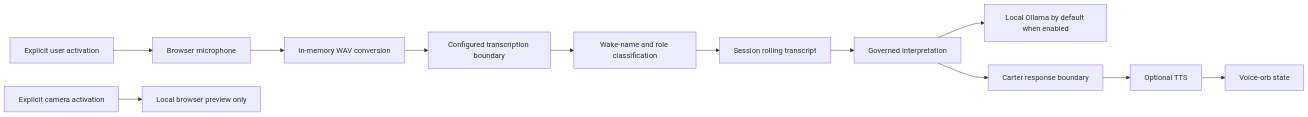
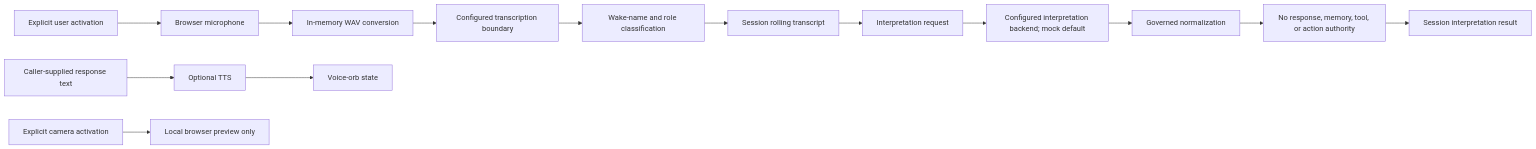
The diagram in docs/CSC.md (mdlewis365/carter-synthetic-os), drawn with Mermaid before and after one commit. The commit also changed other lines of this file and 39 other files, not shown here.

````diff
--- a/docs/CSC.md
+++ b/docs/CSC.md
@@ -9,14 +9,16 @@
 ```mermaid
 flowchart LR
     U[Explicit user activation] --> B[Browser microphone]
     B --> W[In-memory WAV conversion]
     W --> T[Configured transcription boundary]
     T --> D[Wake-name and role classification]
     D --> R[Session rolling transcript]
-    R --> I[Governed interpretation]
-    I --> O[Local Ollama by default when enabled]
-    I --> C[Carter response boundary]
-    C --> S[Optional TTS]
+    R --> Q[Interpretation request]
+    Q --> O[Configured interpretation backend; mock default]
+    O --> I[Governed normalization]
+    I --> G[No response, memory, tool, or action authority]
+    G --> J[Session interpretation result]
+    C[Caller-supplied response text] --> S[Optional TTS]
     S --> V[Voice-orb state]
     K[Explicit camera activation] --> P[Local browser preview only]
 ```
````
